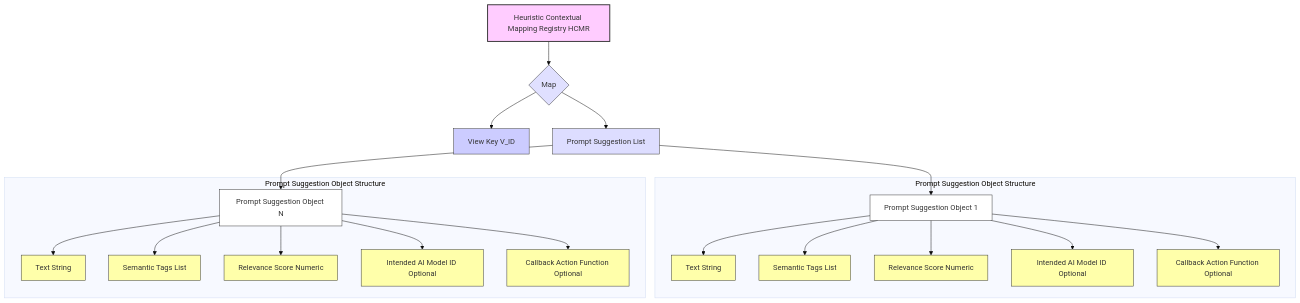
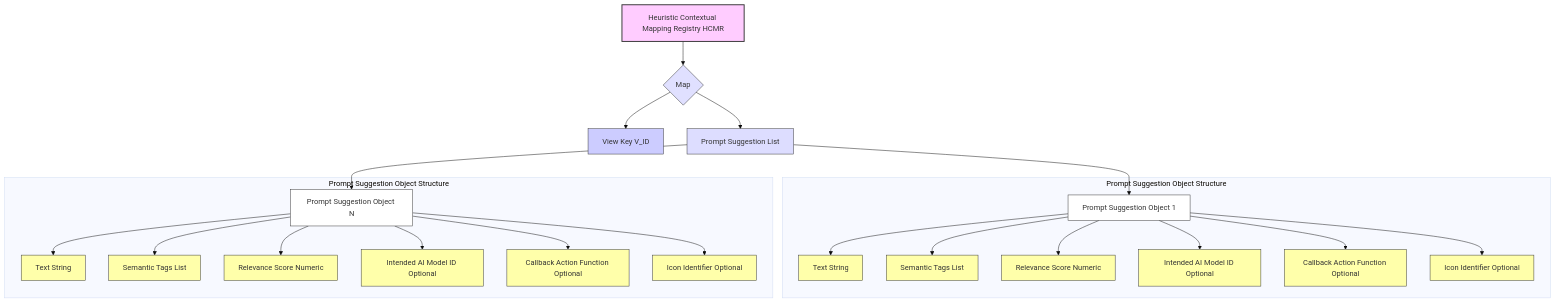
The second of 14 diagrams in inventions/002_ai_contextual_prompt_suggestion.md (diplomat-bit/Citibank_Demo_Business_Inc_Demonstration-), drawn with Mermaid (base theme) before and after one commit. The commit also changed other lines of this file, not shown here.

````diff
--- a/inventions/002_ai_contextual_prompt_suggestion.md
+++ b/inventions/002_ai_contextual_prompt_suggestion.md
@@ -123,41 +125,45 @@
 ```mermaid
 graph TD
     A[Heuristic Contextual Mapping Registry HCMR] --> B{Map<ViewKey, PromptSuggestionList>}
     B --> C[View Key V_ID]
     B --> D[Prompt Suggestion List]
     D --> E[Prompt Suggestion Object 1]
     D --> F[Prompt Suggestion Object N]
 
     subgraph Prompt Suggestion Object Structure
         E --> E1[Text String]
         E --> E2[Semantic Tags List]
         E --> E3[Relevance Score Numeric]
         E --> E4[Intended AI Model ID Optional]
         E --> E5[Callback Action Function Optional]
+        E --> E6[Icon Identifier Optional]
     end
 
     subgraph Prompt Suggestion Object Structure
         F --> F1[Text String]
         F --> F2[Semantic Tags List]
         F --> F3[Relevance Score Numeric]
         F --> F4[Intended AI Model ID Optional]
         F --> F5[Callback Action Function Optional]
+        F --> F6[Icon Identifier Optional]
     end
 
     style A fill:#fcf,stroke:#333,stroke-width:2px
     style B fill:#e0e0ff,stroke:#333,stroke-width:1px
     style C fill:#ccf,stroke:#333,stroke-width:1px
     style D fill:#ddf,stroke:#333,stroke-width:1px
     style E fill:#fff,stroke:#333,stroke-width:1px
     style F fill:#fff,stroke:#333,stroke-width:1px
     style E1 fill:#ffa,stroke:#333,stroke-width:1px
     style E2 fill:#ffa,stroke:#333,stroke-width:1px
     style E3 fill:#ffa,stroke:#333,stroke-width:1px
     style E4 fill:#ffa,stroke:#333,stroke-width:1px
     style E5 fill:#ffa,stroke:#333,stroke-width:1px
+    style E6 fill:#ffa,stroke:#333,stroke-width:1px
     style F1 fill:#ffa,stroke:#333,stroke-width:1px
     style F2 fill:#ffa,stroke:#333,stroke-width:1px
     style F3 fill:#ffa,stroke:#333,stroke-width:1px
     style F4 fill:#ffa,stroke:#333,stroke-width:1px
     style F5 fill:#ffa,stroke:#333,stroke-width:1px
+    style F6 fill:#ffa,stroke:#333,stroke-width:1px
 ```
````
